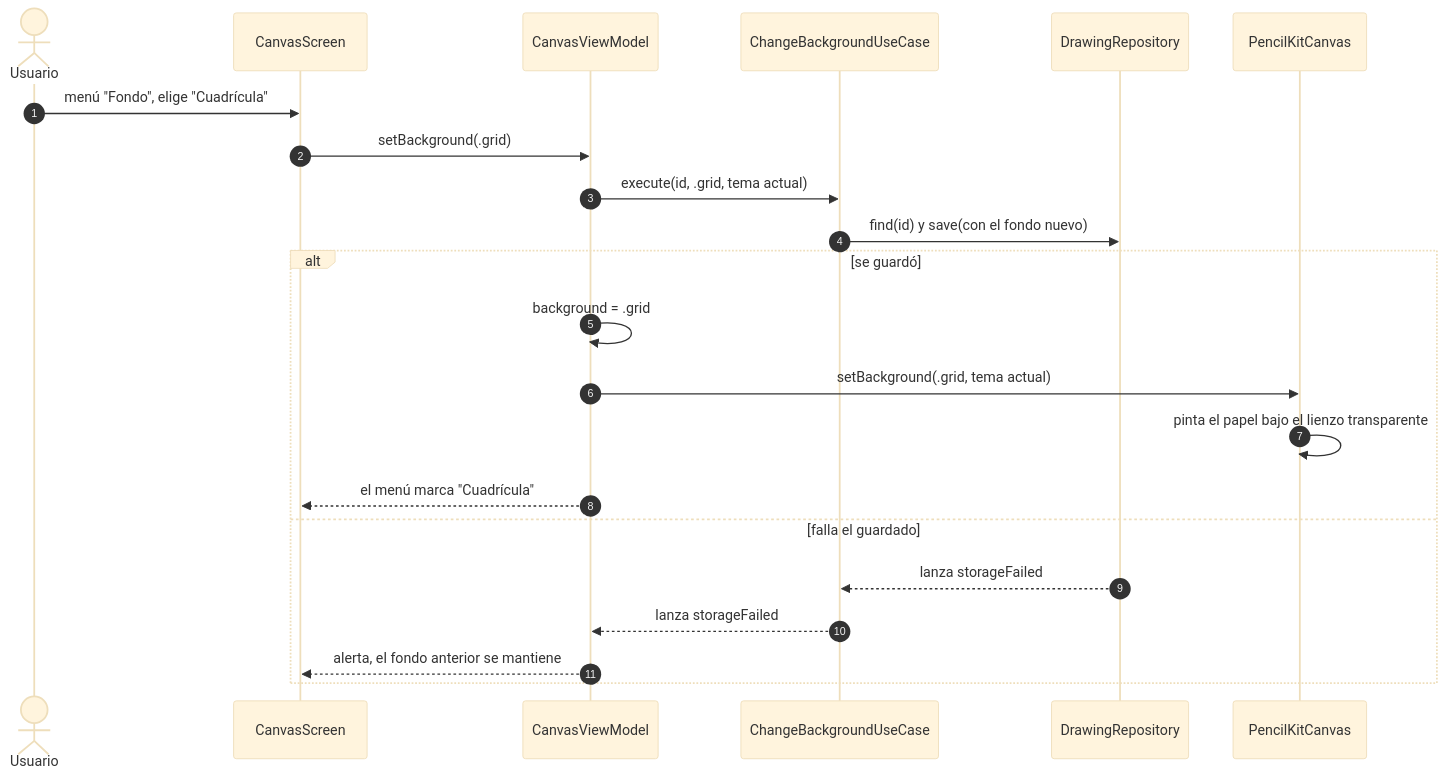
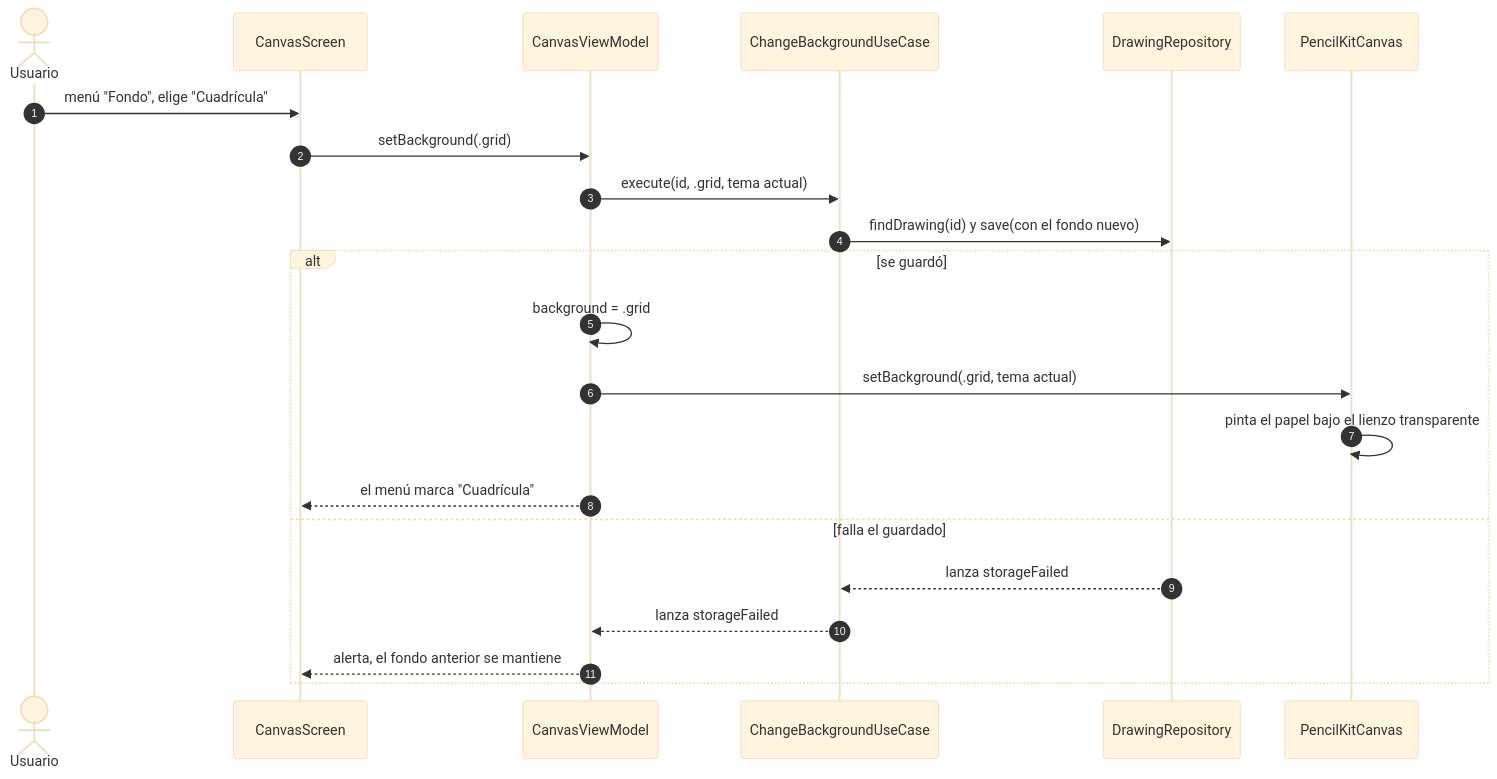
One commit to jhonjairo6230/DrawPad changed the eighth of 10 diagrams in docs/arquitectura.md. Above: the diagram before and after it, drawn with Mermaid (base theme). The commit also changed other lines of this file and 57 other files, not shown here.

````diff
--- a/docs/arquitectura.md
+++ b/docs/arquitectura.md
@@ -472,25 +573,25 @@
 ```mermaid
 sequenceDiagram
     autonumber
     actor U as Usuario
     participant V as CanvasScreen
     participant VM as CanvasViewModel
     participant UC as ChangeBackgroundUseCase
     participant R as DrawingRepository
     participant K as PencilKitCanvas
 
     U->>V: menú "Fondo", elige "Cuadrícula"
     V->>VM: setBackground(.grid)
     VM->>UC: execute(id, .grid, tema actual)
-    UC->>R: find(id) y save(con el fondo nuevo)
+    UC->>R: findDrawing(id) y save(con el fondo nuevo)
     alt se guardó
         VM->>VM: background = .grid
         VM->>K: setBackground(.grid, tema actual)
         K->>K: pinta el papel bajo el lienzo transparente
         VM-->>V: el menú marca "Cuadrícula"
     else falla el guardado
         R-->>UC: lanza storageFailed
         UC-->>VM: lanza storageFailed
         VM-->>V: alerta, el fondo anterior se mantiene
     end
 ```
````
